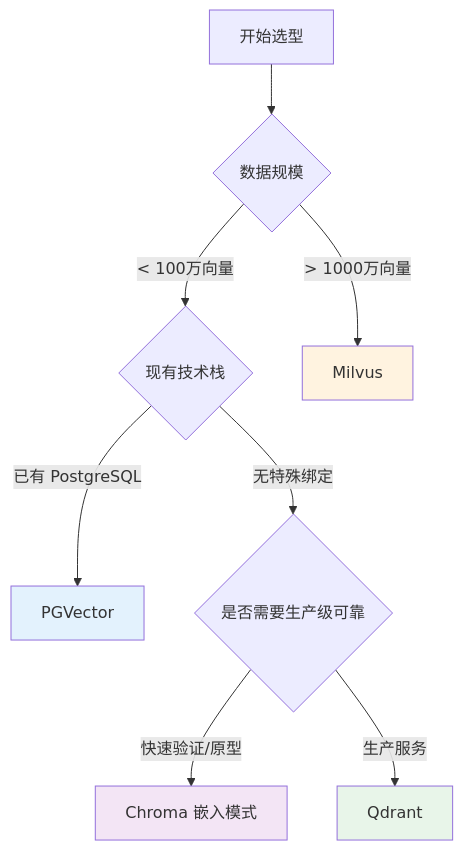
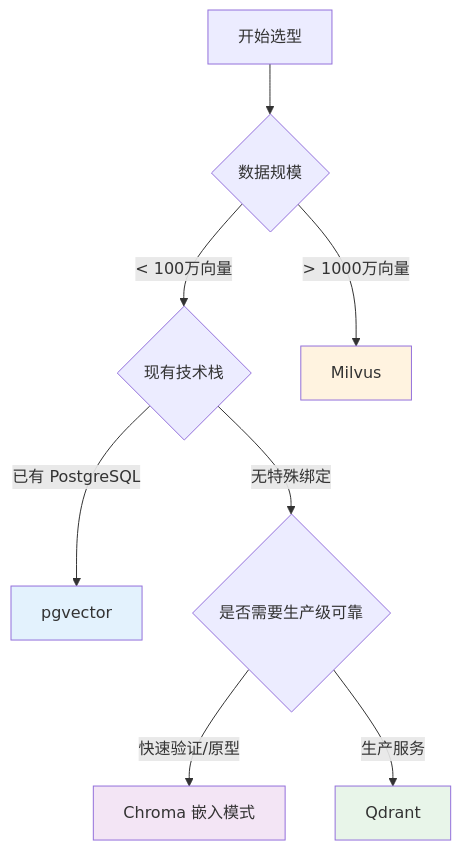
One commit to swf2020/AI-Agent-in-Practice changed the second of 3 diagrams in docs/AI Agent In Practice/02_RAG（检索增强生成）/2.2 Embedding 与向量数据库.md. Above: the diagram before and after it, drawn with Mermaid. The commit also changed other lines of this file and 3 other files, not shown here.

````diff
--- a/docs/AI Agent In Practice/02_RAG（检索增强生成）/2.2 Embedding 与向量数据库.md
+++ b/docs/AI Agent In Practice/02_RAG（检索增强生成）/2.2 Embedding 与向量数据库.md
@@ -66,15 +66,15 @@
 ```mermaid
 graph TD
     A[开始选型] --> B{数据规模}
     B -->|< 100万向量| C{现有技术栈}
     B -->|> 1000万向量| D[Milvus]
-    C -->|已有 PostgreSQL| E[PGVector]
+    C -->|已有 PostgreSQL| E[pgvector]
     C -->|无特殊绑定| F{是否需要生产级可靠}
     F -->|快速验证/原型| G[Chroma 嵌入模式]
     F -->|生产服务| H[Qdrant]
     
     style D fill:#fff3e0
     style E fill:#e3f2fd
     style G fill:#f3e5f5
     style H fill:#e8f5e9
 ```
````
